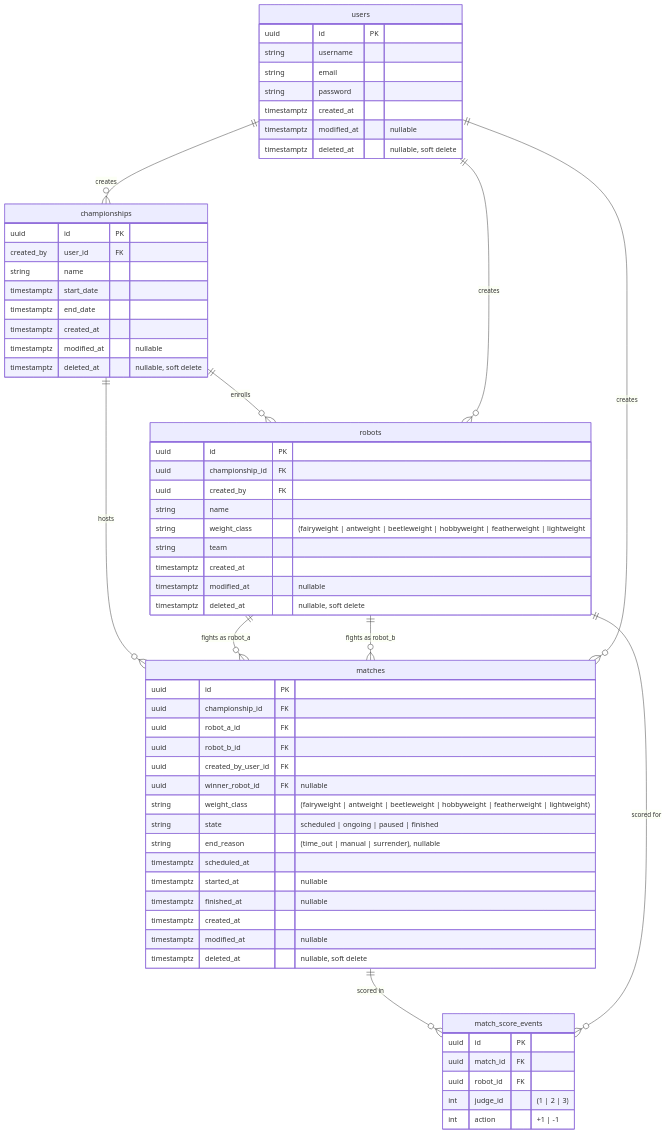
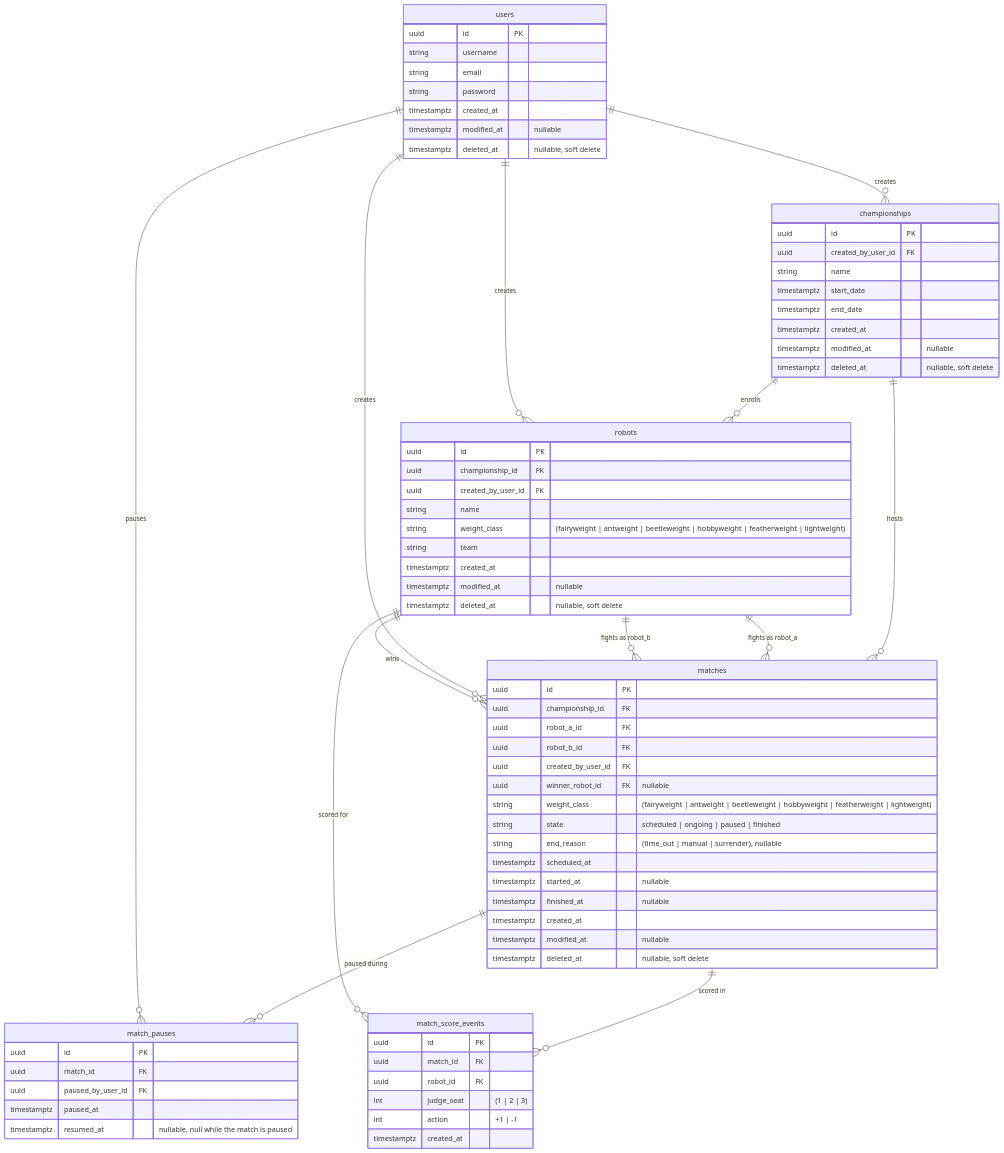
Before and after one commit to UTFPR-Oficinas-2/crossliseu: the diagram in docs/database-model.md, drawn with Mermaid.

````diff
--- a/docs/database-model.md
+++ b/docs/database-model.md
@@ -23,8 +23,11 @@
   users ||--o{ championships : creates
   users ||--o{ matches : creates
   users ||--o{ robots : creates
+  matches ||--o{ match_pauses : "paused during"
+  users ||--o{ match_pauses : pauses
   matches ||--o{ match_score_events : "scored in"
   robots  ||--o{ match_score_events : "scored for"
+  robots ||--o{ matches : "wins"
 
   users {
     uuid id PK
@@ -37,7 +40,7 @@
   }
   championships {
     uuid id PK
-    created_by user_id FK
+    uuid created_by_user_id FK
     string name
     timestamptz start_date
     timestamptz end_date
@@ -48,9 +51,9 @@
   robots {
     uuid id PK
     uuid championship_id FK
-    uuid created_by FK
+    uuid created_by_user_id FK
     string name
-    string weight_class "(fairyweight | antweight | beetleweight | hobbyweight | featherweight | lightweight"
+    string weight_class "(fairyweight | antweight | beetleweight | hobbyweight | featherweight | lightweight)"
     string team
     timestamptz created_at
     timestamptz modified_at "nullable"
@@ -77,7 +80,15 @@
     uuid id PK
     uuid match_id FK
     uuid robot_id FK
-    int judge_id "(1 | 2 | 3)"
+    int judge_seat "(1 | 2 | 3)"
     int action "+1 | -1"
+    timestamptz created_at
+  }
+  match_pauses {
+    uuid id PK
+    uuid match_id FK
+    uuid paused_by_user_id FK
+    timestamptz paused_at
+    timestamptz resumed_at "nullable, null while the match is paused"
   }
 ```
````
